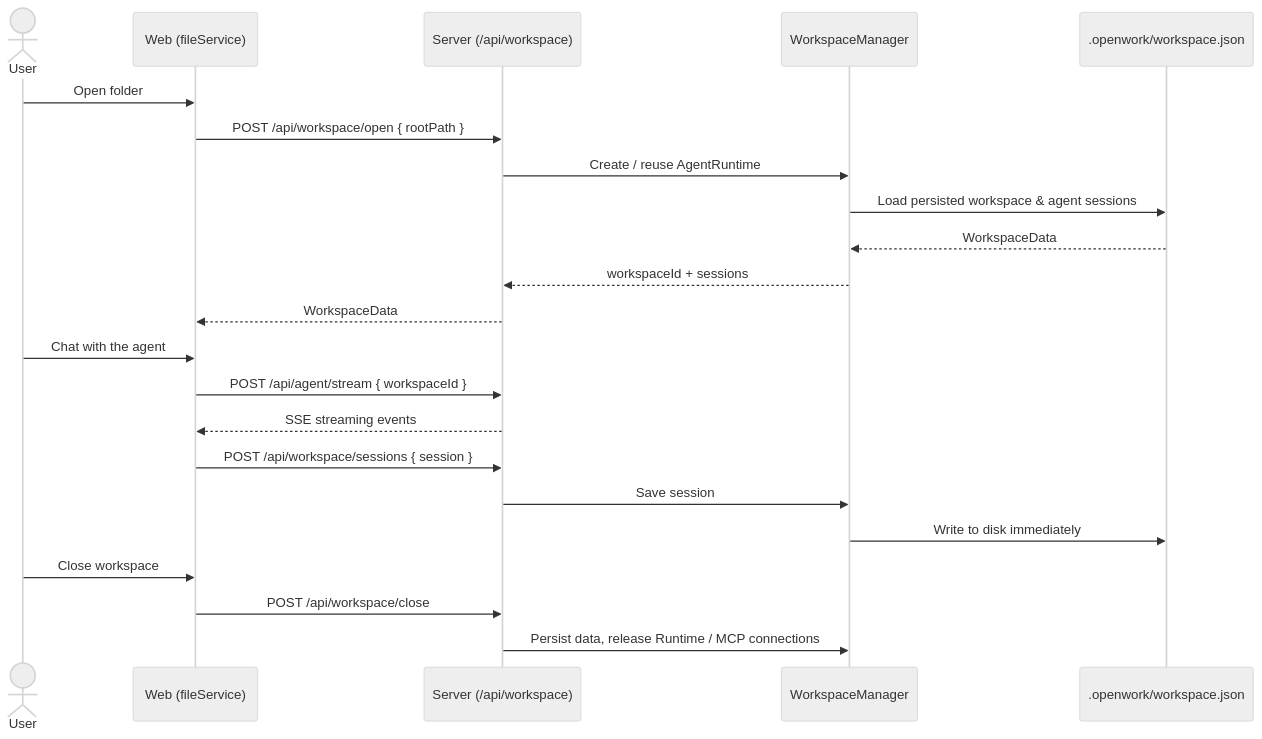
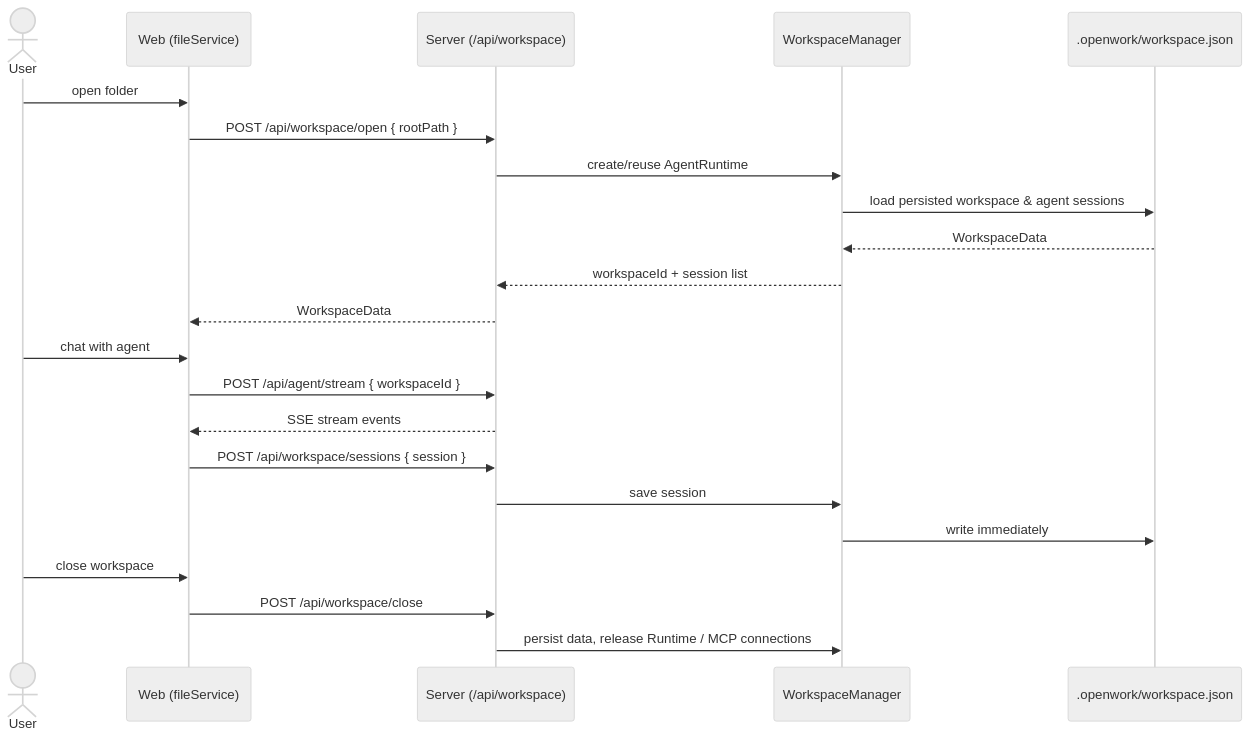
One commit to yishuw/Openwork_wy changed the fifth of 5 diagrams in README_EN.md. Above: the diagram before and after it, drawn with Mermaid (neutral theme). The commit also changed other lines of this file and 16 other files, not shown here.

````diff
--- a/README_EN.md
+++ b/README_EN.md
@@ -248,27 +265,27 @@
 ```mermaid
 sequenceDiagram
     actor User
     participant Web as Web (fileService)
     participant Server as Server (/api/workspace)
     participant WM as WorkspaceManager
     participant Disk as .openwork/workspace.json
 
-    User->>Web: Open folder
+    User->>Web: open folder
     Web->>Server: POST /api/workspace/open { rootPath }
-    Server->>WM: Create / reuse AgentRuntime
-    WM->>Disk: Load persisted workspace & agent sessions
+    Server->>WM: create/reuse AgentRuntime
+    WM->>Disk: load persisted workspace & agent sessions
     Disk-->>WM: WorkspaceData
-    WM-->>Server: workspaceId + sessions
+    WM-->>Server: workspaceId + session list
     Server-->>Web: WorkspaceData
 
-    User->>Web: Chat with the agent
+    User->>Web: chat with agent
     Web->>Server: POST /api/agent/stream { workspaceId }
-    Server-->>Web: SSE streaming events
+    Server-->>Web: SSE stream events
     Web->>Server: POST /api/workspace/sessions { session }
-    Server->>WM: Save session
-    WM->>Disk: Write to disk immediately
+    Server->>WM: save session
+    WM->>Disk: write immediately
 
-    User->>Web: Close workspace
+    User->>Web: close workspace
     Web->>Server: POST /api/workspace/close
-    Server->>WM: Persist data, release Runtime / MCP connections
+    Server->>WM: persist data, release Runtime / MCP connections
 ```
````
